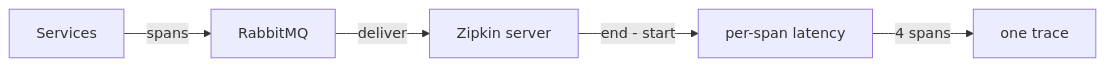
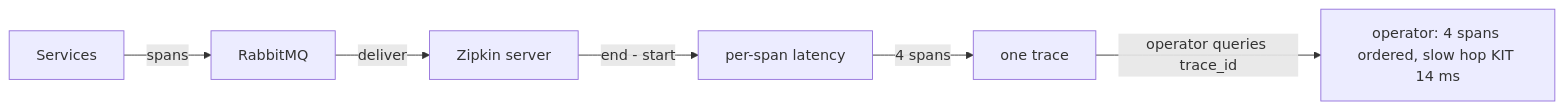
Before and after one commit to vinayakuber/microservices-io-study-guide: the seventh of 9 diagrams in docs/ch33-distributed-tracing.md, drawn with Mermaid. The commit also changed other lines of this file and 14 other files, not shown here.

````diff
--- a/docs/ch33-distributed-tracing.md
+++ b/docs/ch33-distributed-tracing.md
@@ -362,7 +349,8 @@
 ```mermaid
 flowchart LR
   S["Services"] -->|"spans"| B["RabbitMQ"]
   B -->|"deliver"| Z["Zipkin server"]
   Z -->|"end - start"| L["per-span latency"]
   L -->|"4 spans"| T["one trace"]
+  T -->|"operator queries trace_id"| O["operator: 4 spans ordered, slow hop KIT 14 ms"]
 ```
````
